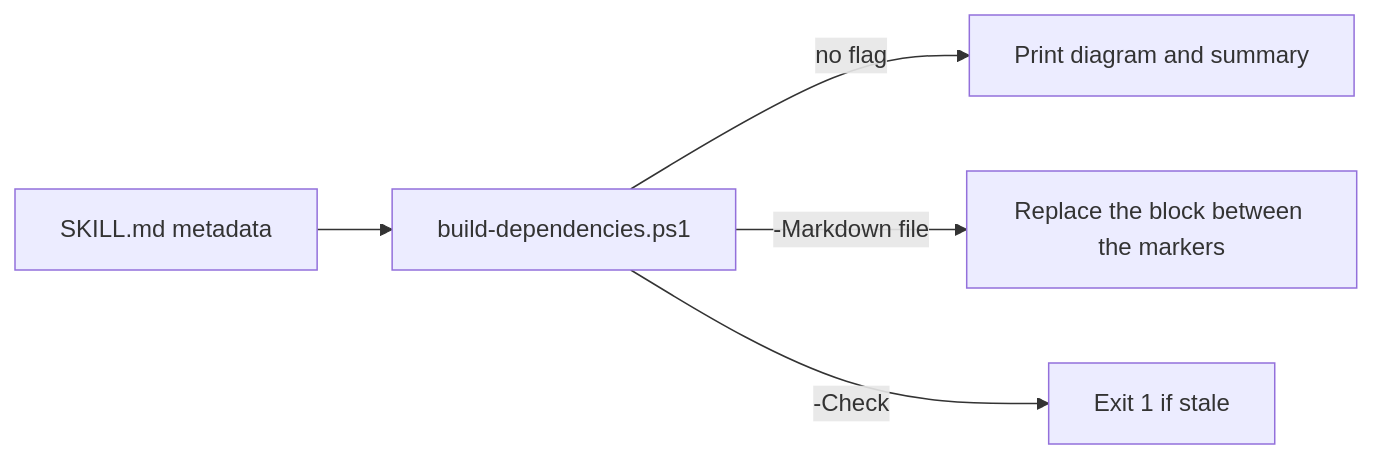
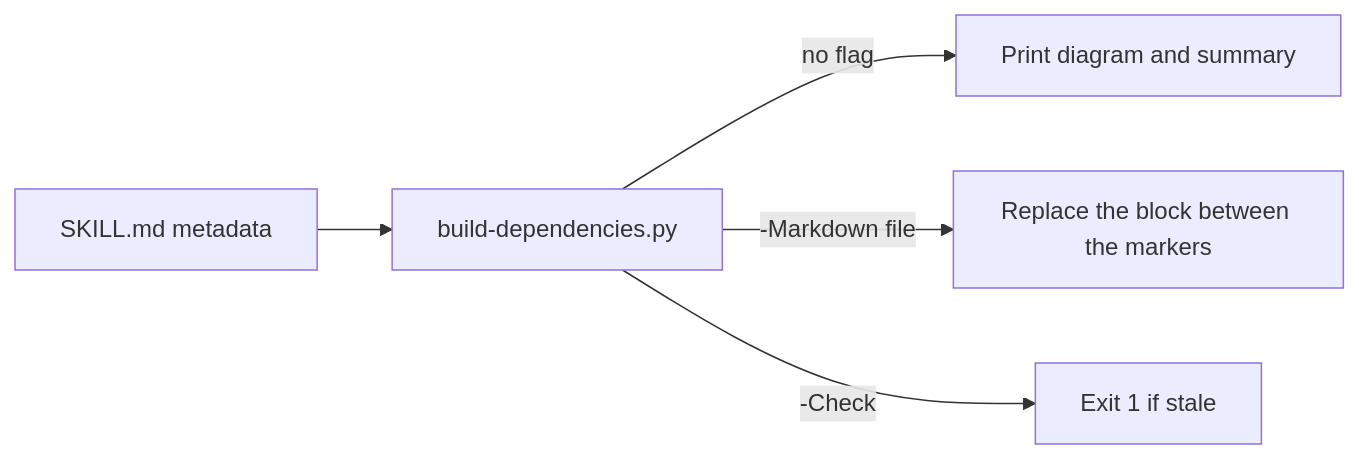
The diagram in skills/_repository/an-dr-agents-repo-build-dependencies/README.md (an-dr/agents), drawn with Mermaid before and after one commit. The commit also changed 426 other files, not shown here.

````diff
--- a/skills/_repository/an-dr-agents-repo-build-dependencies/README.md
+++ b/skills/_repository/an-dr-agents-repo-build-dependencies/README.md
@@ -11,7 +11,7 @@
 ```mermaid
 flowchart LR
-  F[SKILL.md metadata] --> S[build-dependencies.ps1]
+  F[SKILL.md metadata] --> S[build-dependencies.py]
   S -- no flag --> P[Print diagram and summary]
   S -- -Markdown file --> W[Replace the block between the markers]
   S -- -Check --> C[Exit 1 if stale]
 ```
````
